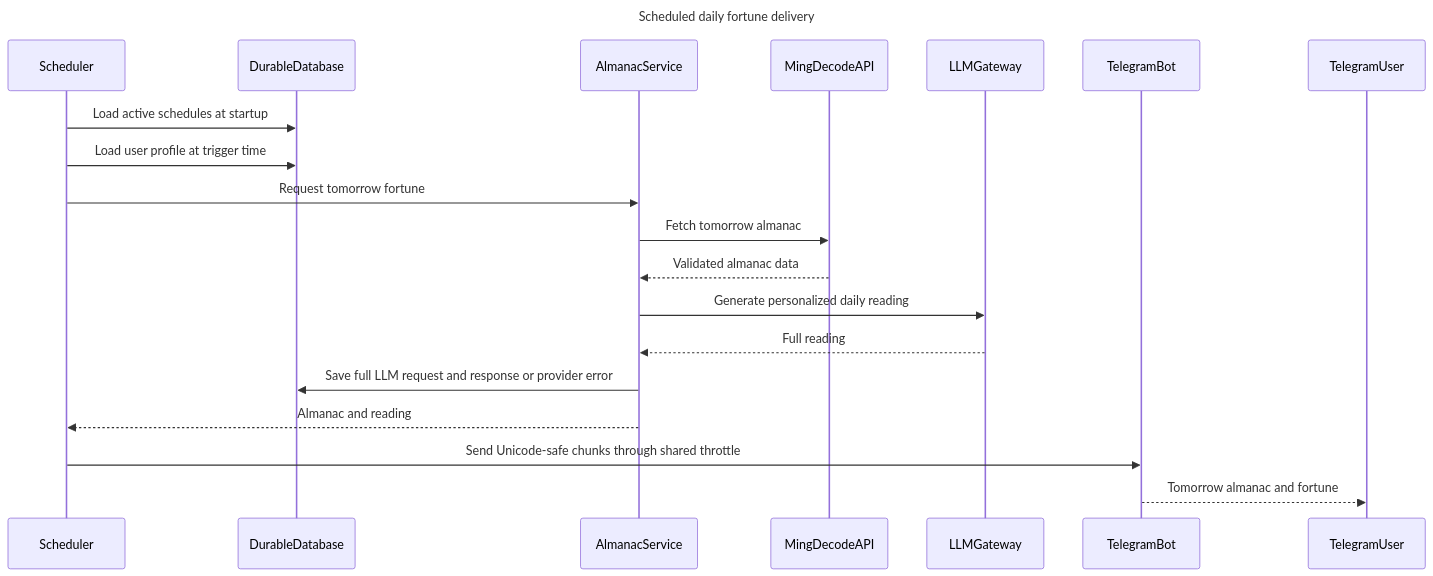
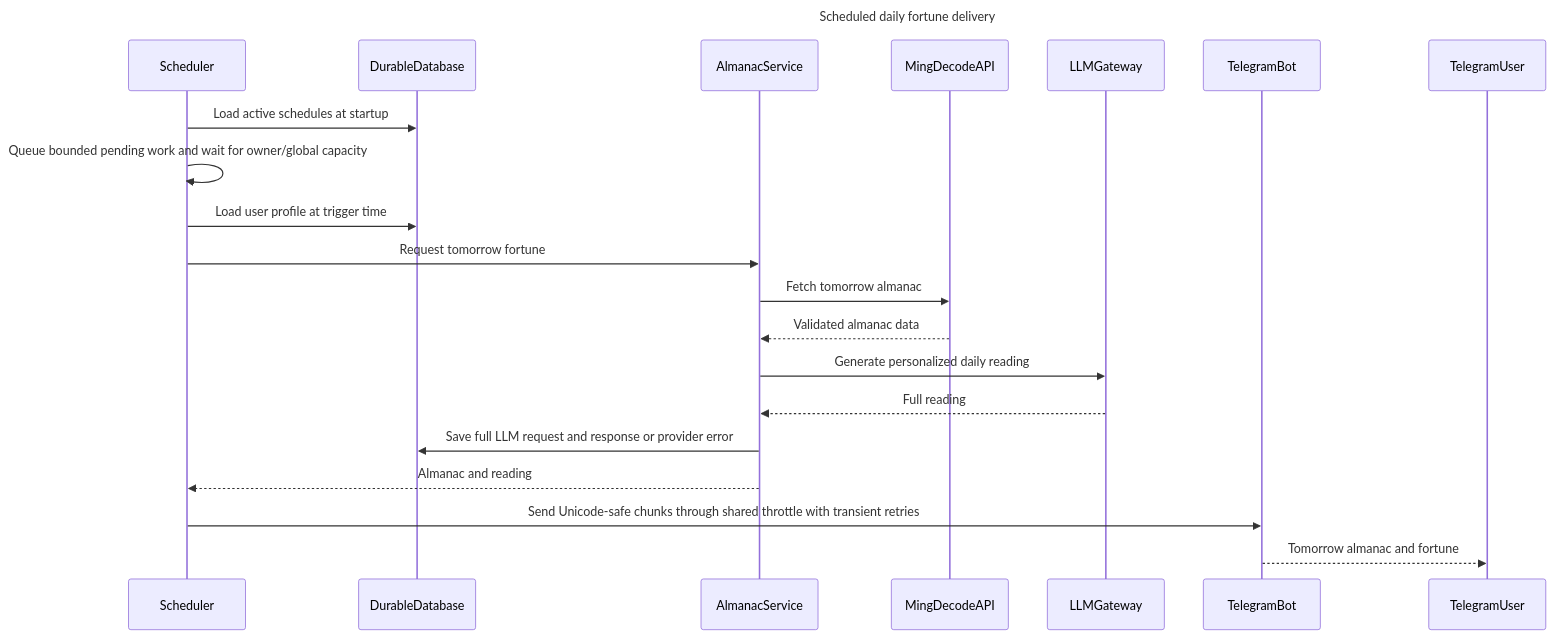
Before and after one commit to henius98/BaziFlowAgent: the fourth of 6 diagrams in docs/project-flow-sequence.md, drawn with Mermaid. The commit also changed other lines of this file and 71 other files, not shown here.

````diff
--- a/docs/project-flow-sequence.md
+++ b/docs/project-flow-sequence.md
@@ -119,23 +143,24 @@
 ```mermaid
 sequenceDiagram
     title Scheduled daily fortune delivery
     participant Scheduler
     participant DurableDatabase
     participant AlmanacService
     participant MingDecodeAPI
     participant LLMGateway
     participant TelegramBot
     participant TelegramUser
 
     Scheduler->>DurableDatabase: Load active schedules at startup
+    Scheduler->>Scheduler: Queue bounded pending work and wait for owner/global capacity
     Scheduler->>DurableDatabase: Load user profile at trigger time
     Scheduler->>AlmanacService: Request tomorrow fortune
     AlmanacService->>MingDecodeAPI: Fetch tomorrow almanac
     MingDecodeAPI-->>AlmanacService: Validated almanac data
     AlmanacService->>LLMGateway: Generate personalized daily reading
     LLMGateway-->>AlmanacService: Full reading
     AlmanacService->>DurableDatabase: Save full LLM request and response or provider error
     AlmanacService-->>Scheduler: Almanac and reading
-    Scheduler->>TelegramBot: Send Unicode-safe chunks through shared throttle
+    Scheduler->>TelegramBot: Send Unicode-safe chunks through shared throttle with transient retries
     TelegramBot-->>TelegramUser: Tomorrow almanac and fortune
 ```
````
